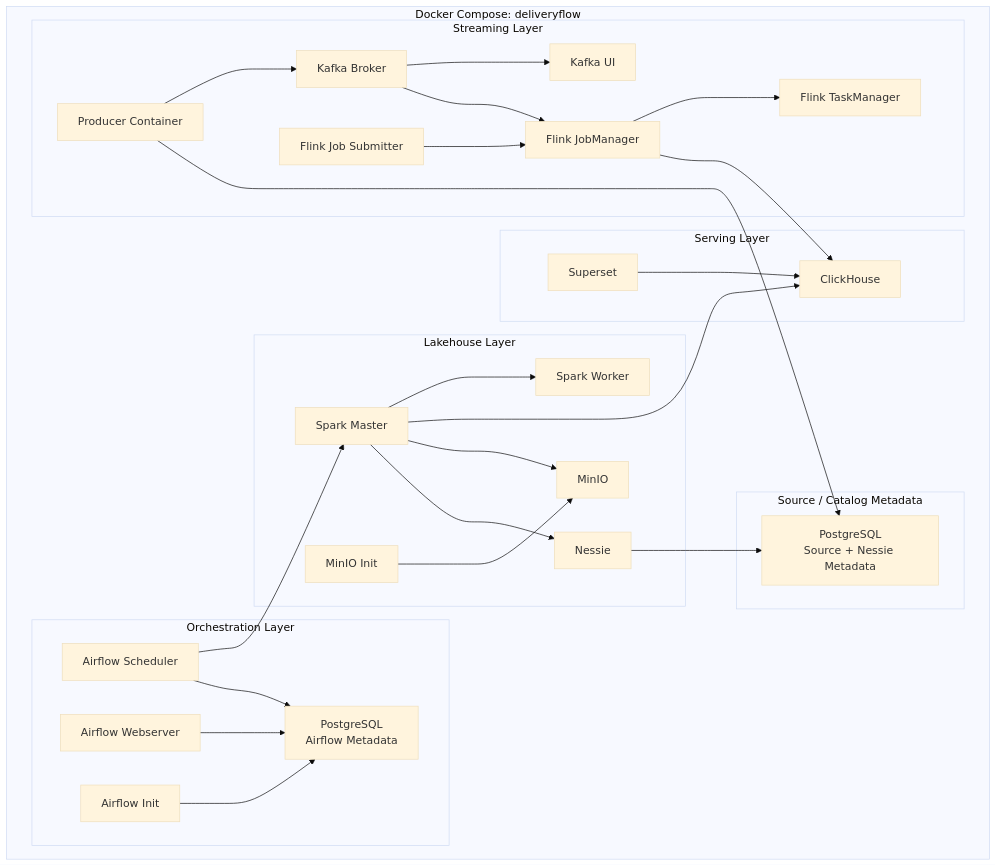
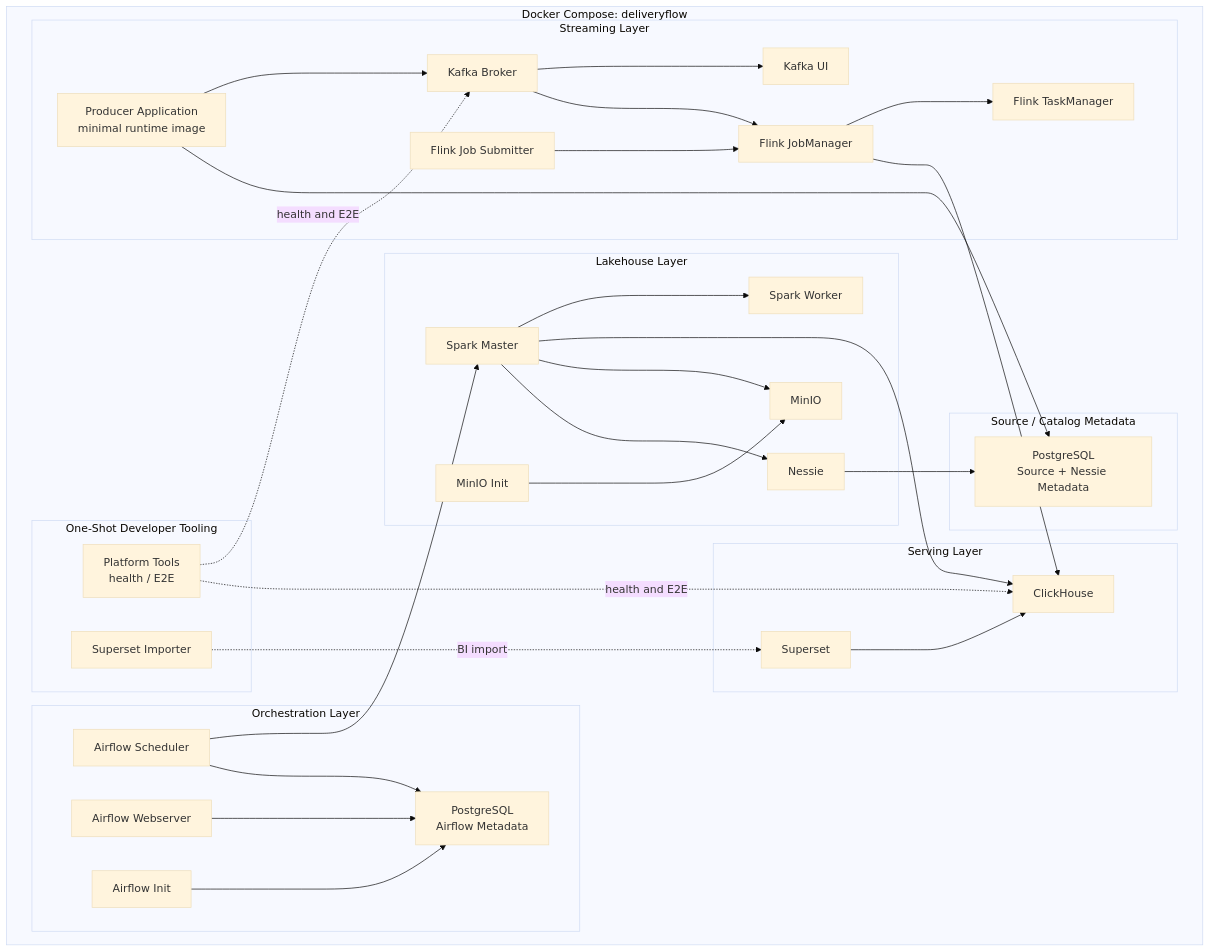
Before and after one commit to VugarMammadov87/deliveryflow-project: the second of 4 diagrams in README.md, drawn with Mermaid (base theme). The commit also changed other lines of this file and 18 other files, not shown here.

Commit message:
Add fleet telemetry stream and producer image split

````diff
--- a/README.md
+++ b/README.md
@@ -125,56 +125,64 @@
 ```mermaid
 flowchart TB
     subgraph compose["Docker Compose: deliveryflow"]
         subgraph streaming["Streaming Layer"]
             kafka["Kafka Broker"]
             kafkaUi["Kafka UI"]
-            producer["Producer Container"]
+            producer["Producer Application<br/>minimal runtime image"]
             flinkJm["Flink JobManager"]
             flinkTm["Flink TaskManager"]
             flinkSubmit["Flink Job Submitter"]
+        end
+
+        subgraph developerTools["One-Shot Developer Tooling"]
+            platformTools["Platform Tools<br/>health / E2E"]
+            supersetImporter["Superset Importer"]
         end
 
         subgraph serving["Serving Layer"]
             clickhouse["ClickHouse"]
             superset["Superset"]
         end
 
         subgraph lakehouse["Lakehouse Layer"]
             sparkMaster["Spark Master"]
             sparkWorker["Spark Worker"]
             minio["MinIO"]
             minioInit["MinIO Init"]
             nessie["Nessie"]
         end
 
         subgraph orchestration["Orchestration Layer"]
             airflowDb["PostgreSQL<br/>Airflow Metadata"]
             airflowInit["Airflow Init"]
             airflowWeb["Airflow Webserver"]
             airflowScheduler["Airflow Scheduler"]
         end
 
         subgraph source["Source / Catalog Metadata"]
             postgresSource["PostgreSQL<br/>Source + Nessie Metadata"]
         end
     end
 
     producer --> kafka
     producer --> postgresSource
+    platformTools -. health and E2E .-> kafka
+    platformTools -. health and E2E .-> clickhouse
+    supersetImporter -. BI import .-> superset
     kafka --> kafkaUi
     kafka --> flinkJm
     flinkJm --> flinkTm
     flinkSubmit --> flinkJm
     flinkJm --> clickhouse
     superset --> clickhouse
     airflowScheduler --> sparkMaster
     sparkMaster --> sparkWorker
     sparkMaster --> clickhouse
     sparkMaster --> minio
     sparkMaster --> nessie
     nessie --> postgresSource
     airflowWeb --> airflowDb
     airflowScheduler --> airflowDb
     minioInit --> minio
     airflowInit --> airflowDb
 ```
````
